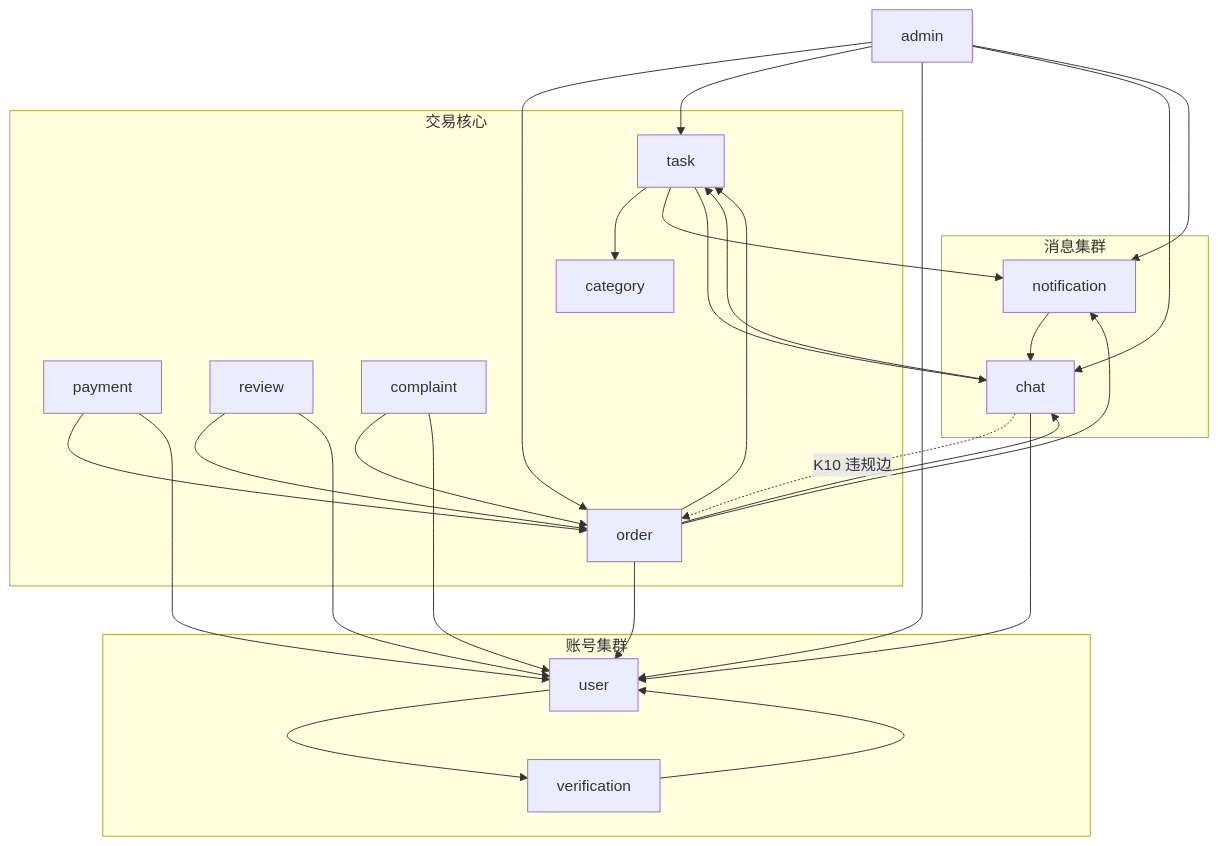
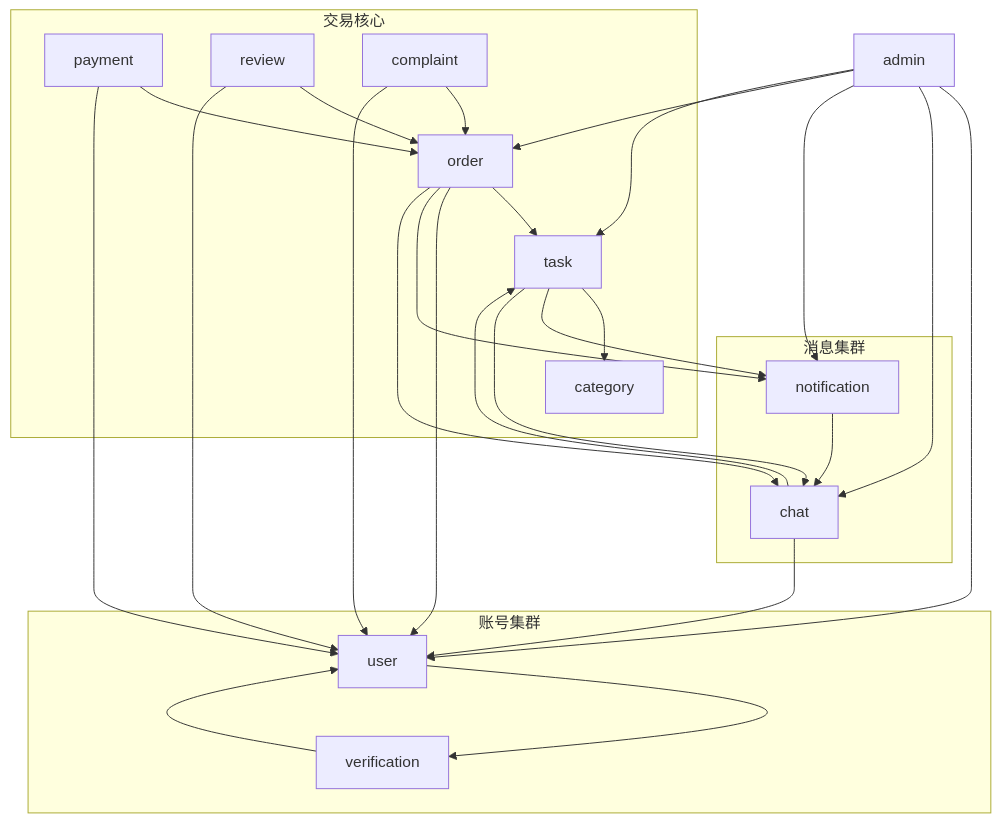
Before and after one commit to KasuAri27/CampusHub: the diagram in docs/Engineer/架构文档.md, drawn with Mermaid. The commit also changed other lines of this file and 2 other files, not shown here.

````diff
--- a/docs/Engineer/架构文档.md
+++ b/docs/Engineer/架构文档.md
@@ -62,33 +62,32 @@
 ```mermaid
 graph TD
   subgraph 交易核心
     task --> category
     order --> task
     payment --> order
     review --> order
     complaint --> order
   end
   subgraph 消息集群
     notification --> chat
   end
   subgraph 账号集群
     user --> verification
     verification --> user
   end
   order --> user
   order --> notification
   order --> chat
   task --> notification
   task --> chat
   payment --> user
   review --> user
   complaint --> user
   chat --> task
-  chat -.->|K10 违规边| order
   chat --> user
   admin --> order
   admin --> task
   admin --> user
   admin --> chat
   admin --> notification
 ```
````
